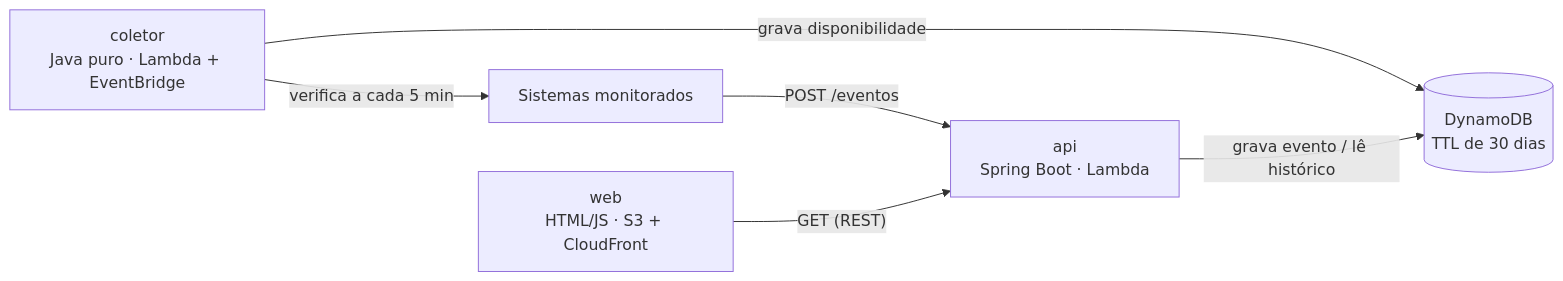
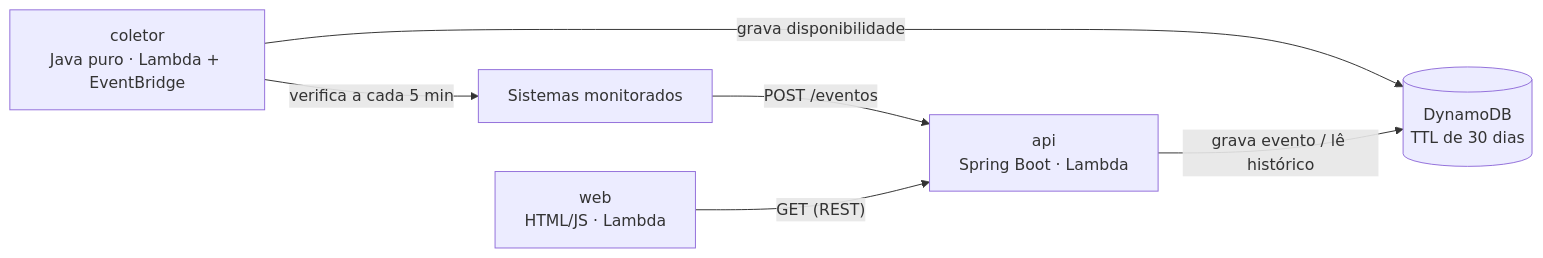
Before and after one commit to gualmeidap/sentinela: the diagram in README.md, drawn with Mermaid. The commit also changed other lines of this file and 13 other files, not shown here.

````diff
--- a/README.md
+++ b/README.md
@@ -47,14 +51,14 @@
 ```mermaid
 flowchart LR
     S["Sistemas monitorados"]
     C["coletor<br/>Java puro · Lambda + EventBridge"]
     A["api<br/>Spring Boot · Lambda"]
     DB[("DynamoDB<br/>TTL de 30 dias")]
-    W["web<br/>HTML/JS · S3 + CloudFront"]
+    W["web<br/>HTML/JS · Lambda"]
 
     C -->|"verifica a cada 5 min"| S
     C -->|"grava disponibilidade"| DB
     S -->|"POST /eventos"| A
     A -->|"grava evento / lê histórico"| DB
     W -->|"GET (REST)"| A
 ```
````
